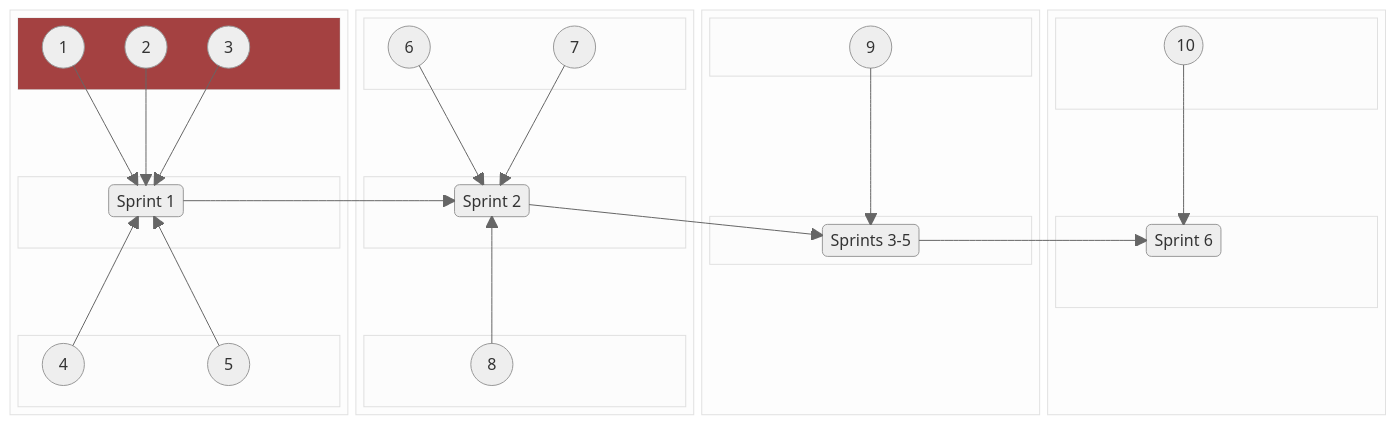
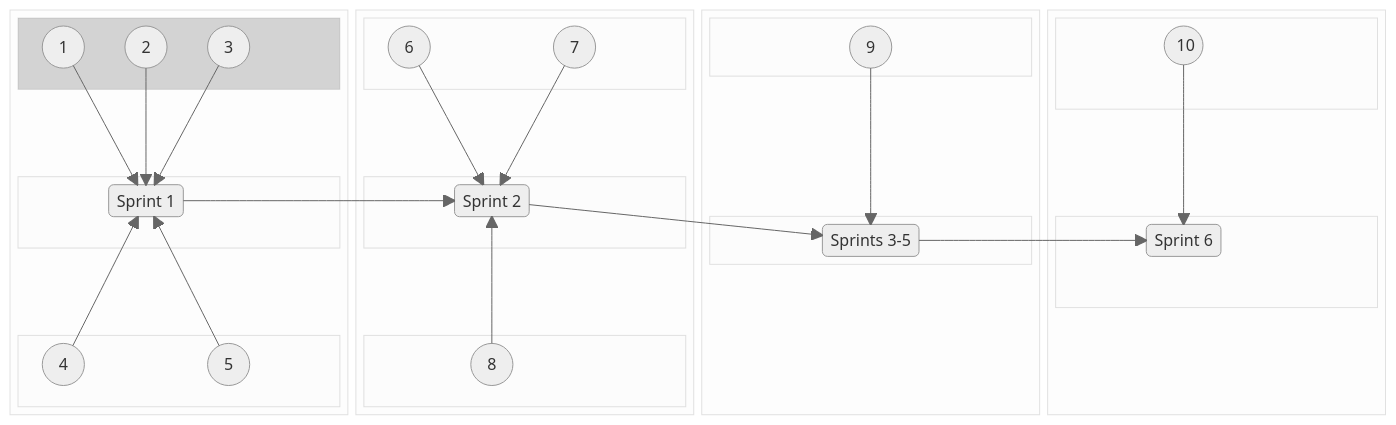
Before and after one commit to jdmedlock/mermaid_testing: the second of 2 diagrams in README.md, drawn with Mermaid (neutral theme).

Commit message:
Feature: Add annotations to test layout

````diff
--- a/README.md
+++ b/README.md
@@ -190,5 +190,5 @@
     SPRINT2 --> SPRINTS35
     SPRINTS35 --> SPRINT6
 
-    style B1TOP fill:#a44141
+    style B1TOP fill:lightgrey
 ```
````
